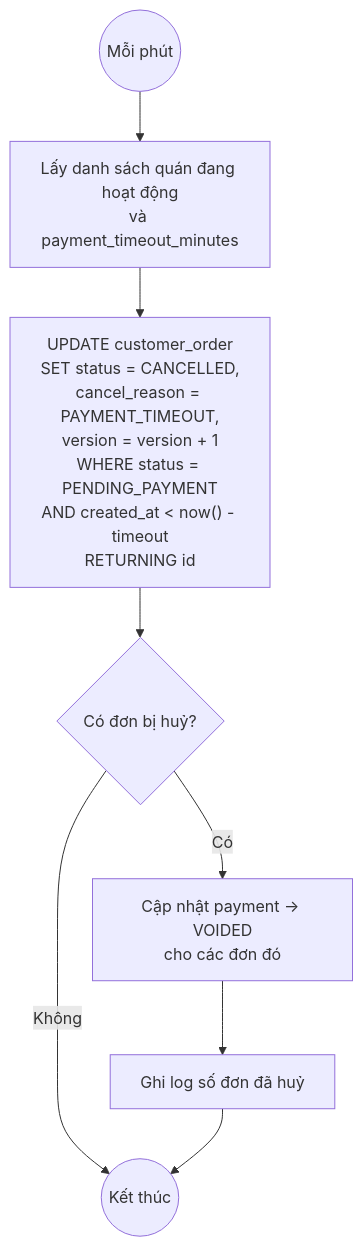
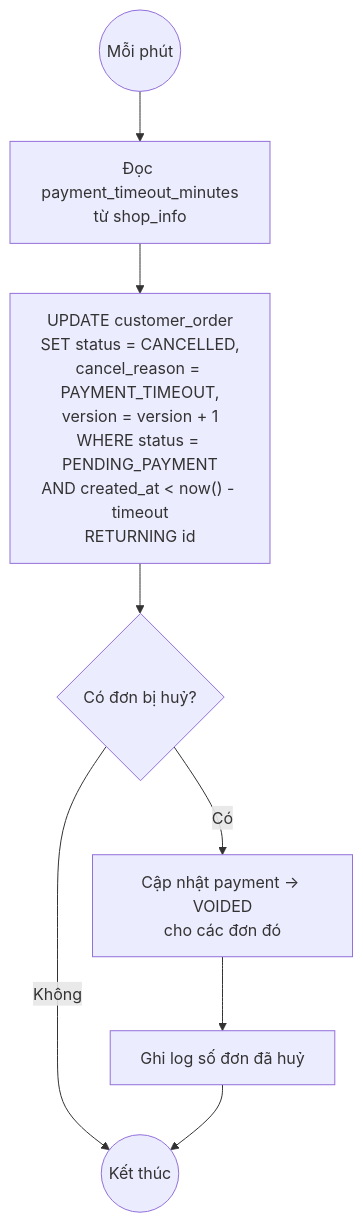
Before and after one commit to ThanhQuy-wolf/Coffee-Shop-Backup: the sixth of 7 diagrams in docs/06-activity.md, drawn with Mermaid. The commit also changed other lines of this file and 65 other files, not shown here.

````diff
--- a/docs/06-activity.md
+++ b/docs/06-activity.md
@@ -188,10 +183,10 @@
 ```mermaid
 flowchart TD
-    T0(("Mỗi phút")) --> T1["Lấy danh sách quán đang hoạt động<br/>và payment_timeout_minutes"]
+    T0(("Mỗi phút")) --> T1["Đọc payment_timeout_minutes<br/>từ shop_info"]
     T1 --> T2["UPDATE customer_order<br/>SET status = CANCELLED,<br/>cancel_reason = PAYMENT_TIMEOUT,<br/>version = version + 1<br/>WHERE status = PENDING_PAYMENT<br/>AND created_at < now() - timeout<br/>RETURNING id"]
     T2 --> T3{"Có đơn bị huỷ?"}
     T3 -- "Không" --> T9(("Kết thúc"))
     T3 -- "Có" --> T4["Cập nhật payment → VOIDED<br/>cho các đơn đó"]
     T4 --> T5["Ghi log số đơn đã huỷ"]
     T5 --> T9
 ```
````
